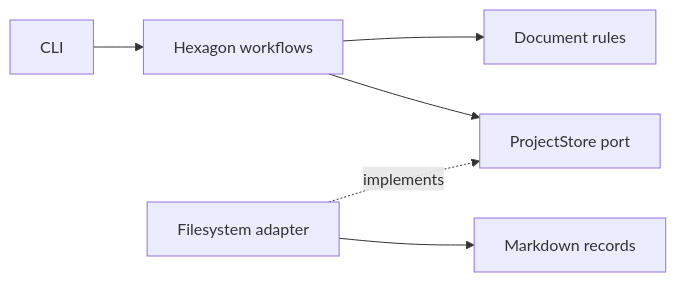
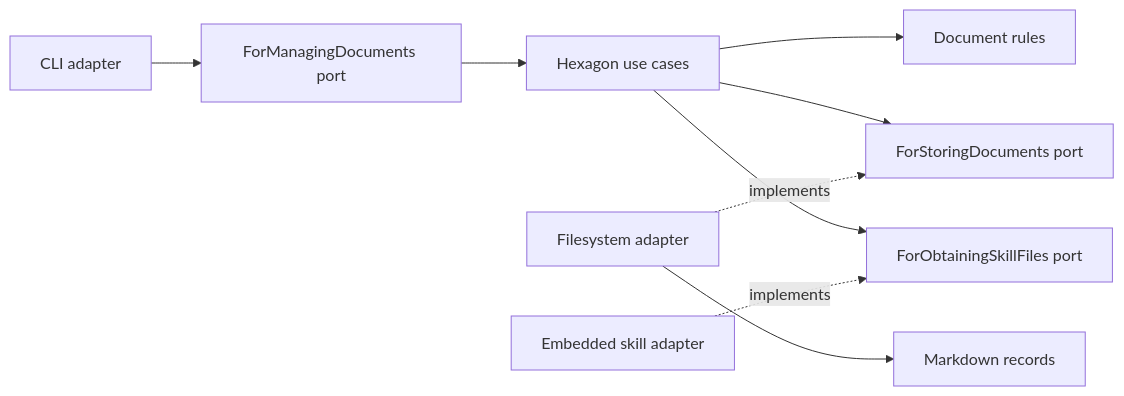
The diagram in README.md (adbayb/makespec), drawn with Mermaid before and after one commit. The commit also changed other lines of this file and 38 other files, not shown here.

First line of the commit message:
refactor: split the hexagon into use cases, ports, and adapters

````diff
--- a/README.md
+++ b/README.md
@@ -163,8 +163,11 @@
 ```mermaid
 flowchart LR
-    CLI["CLI"] --> Workflows["Hexagon workflows"]
-    Workflows --> Rules["Document rules"]
-    Workflows --> Port["ProjectStore port"]
-    Filesystem["Filesystem adapter"] -. implements .-> Port
+    CLI["CLI adapter"] --> Driver["ForManagingDocuments port"]
+    Driver --> Hexagon["Hexagon use cases"]
+    Hexagon --> Rules["Document rules"]
+    Hexagon --> Storage["ForStoringDocuments port"]
+    Hexagon --> Skill["ForObtainingSkillFiles port"]
+    Filesystem["Filesystem adapter"] -. implements .-> Storage
+    Embedded["Embedded skill adapter"] -. implements .-> Skill
     Filesystem --> Records["Markdown records"]
 ```
````
